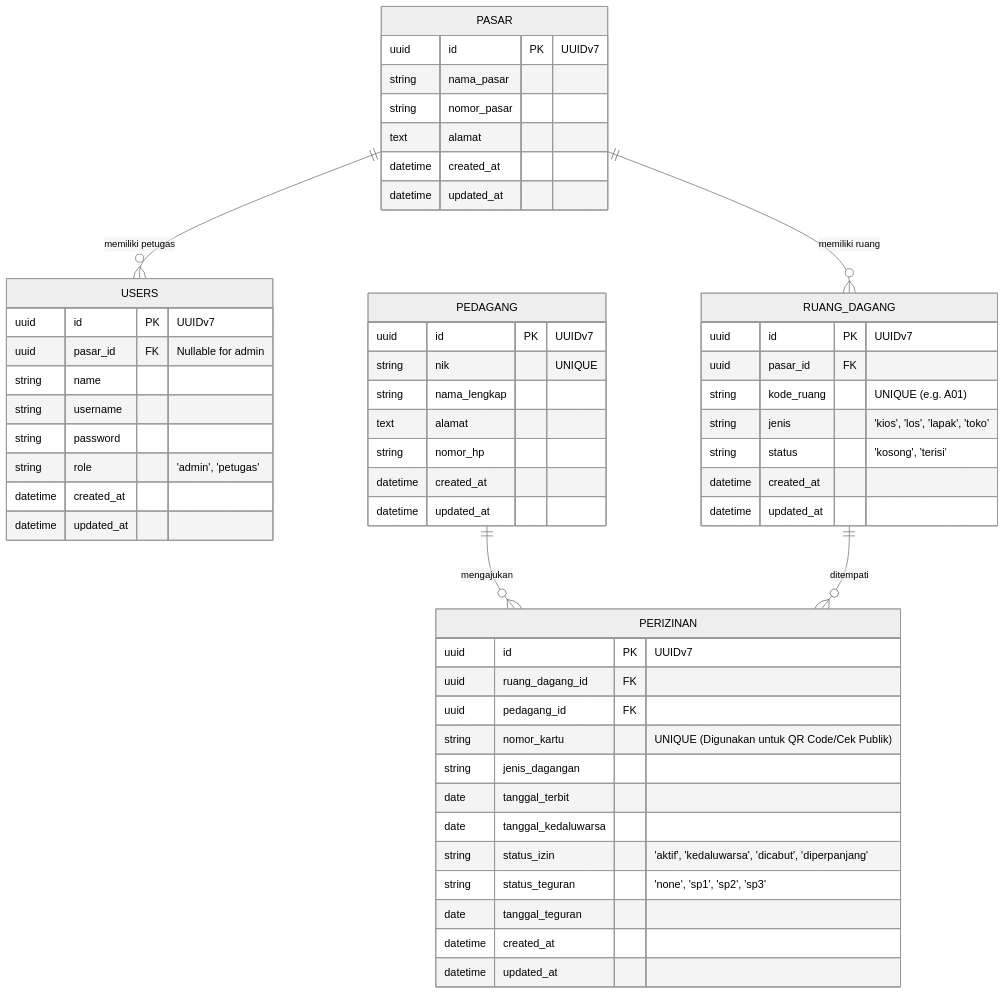
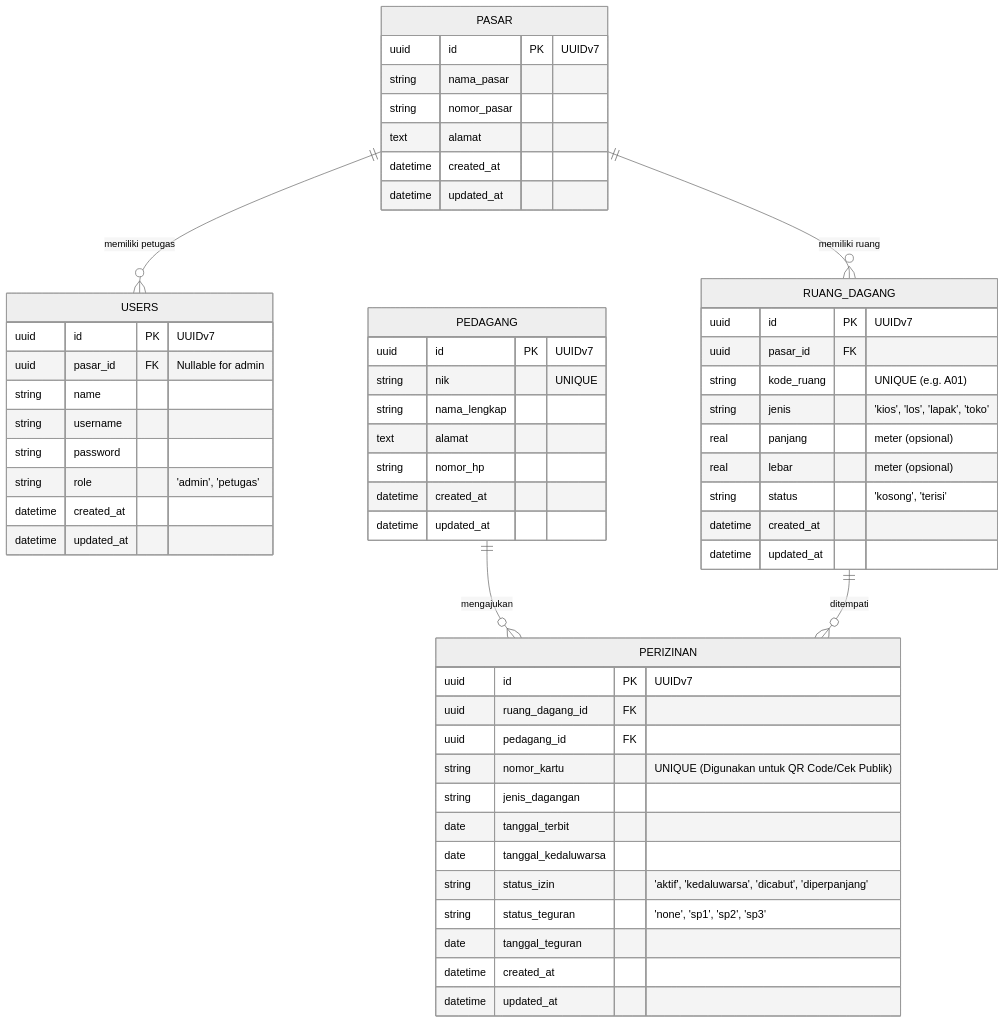
The diagram in docs/database-schema.md (arnevinrenataa3-spec/SIMPASAR), drawn with Mermaid (neutral theme) before and after one commit. The commit also changed other lines of this file and 49 other files, not shown here.

First line of the commit message:
refactor: deepen architecture — pipeline, scope, policy, CRUD primitives

````diff
--- a/docs/database-schema.md
+++ b/docs/database-schema.md
@@ -7,62 +7,64 @@
 ```mermaid
 erDiagram
     USERS {
         uuid id PK "UUIDv7"
         uuid pasar_id FK "Nullable for admin"
         string name
         string username
         string password
         string role "'admin', 'petugas'"
         datetime created_at
         datetime updated_at
     }
 
     PEDAGANG {
         uuid id PK "UUIDv7"
         string nik "UNIQUE"
         string nama_lengkap
         text alamat
         string nomor_hp
         datetime created_at
         datetime updated_at
     }
 
     PASAR {
         uuid id PK "UUIDv7"
         string nama_pasar
         string nomor_pasar
         text alamat
         datetime created_at
         datetime updated_at
     }
 
     RUANG_DAGANG {
         uuid id PK "UUIDv7"
         uuid pasar_id FK
         string kode_ruang "UNIQUE (e.g. A01)"
         string jenis "'kios', 'los', 'lapak', 'toko'"
+        real panjang "meter (opsional)"
+        real lebar "meter (opsional)"
         string status "'kosong', 'terisi'"
         datetime created_at
         datetime updated_at
     }
 
     PERIZINAN {
         uuid id PK "UUIDv7"
         uuid ruang_dagang_id FK
         uuid pedagang_id FK
         string nomor_kartu "UNIQUE (Digunakan untuk QR Code/Cek Publik)"
         string jenis_dagangan
         date tanggal_terbit
         date tanggal_kedaluwarsa
         string status_izin "'aktif', 'kedaluwarsa', 'dicabut', 'diperpanjang'"
         string status_teguran "'none', 'sp1', 'sp2', 'sp3'"
         date tanggal_teguran
         datetime created_at
         datetime updated_at
     }
 
     PASAR ||--o{ USERS : "memiliki petugas"
     PASAR ||--o{ RUANG_DAGANG : "memiliki ruang"
     PEDAGANG ||--o{ PERIZINAN : "mengajukan"
     RUANG_DAGANG ||--o{ PERIZINAN : "ditempati"
 ```
````
